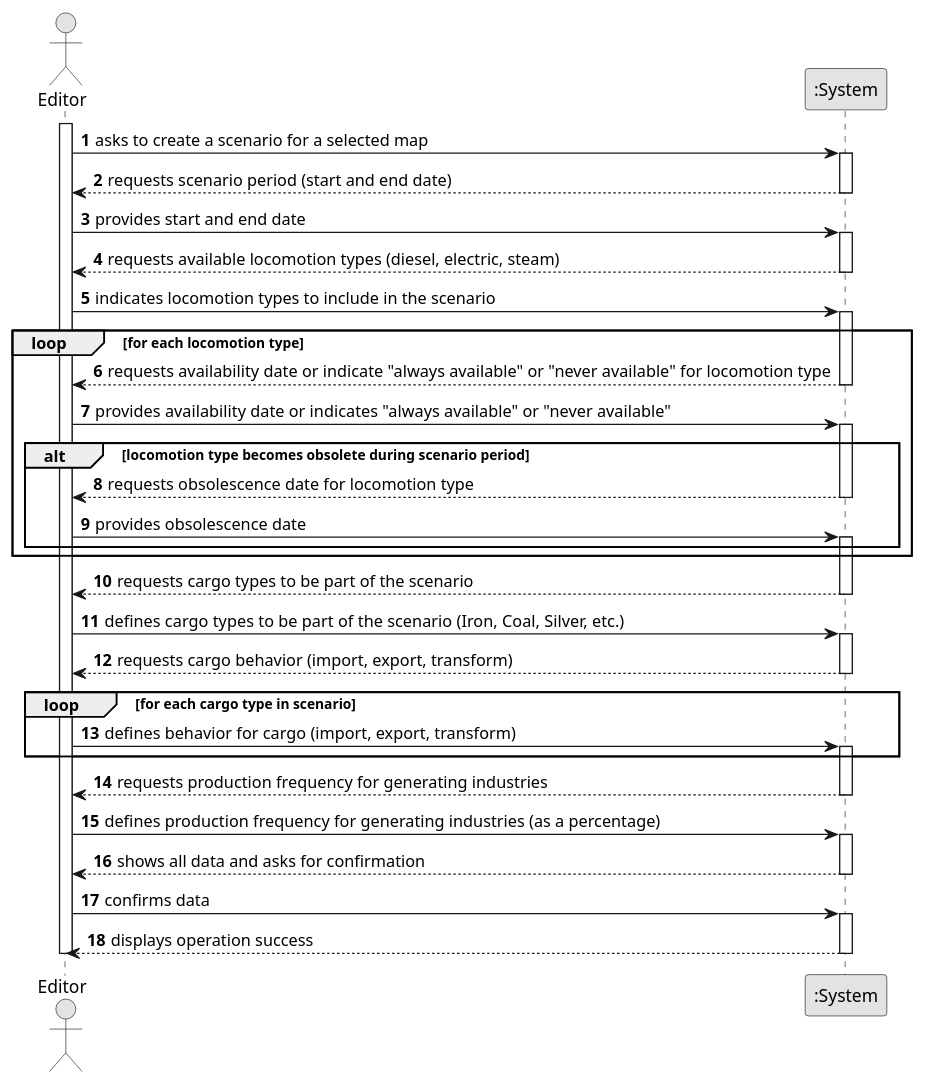
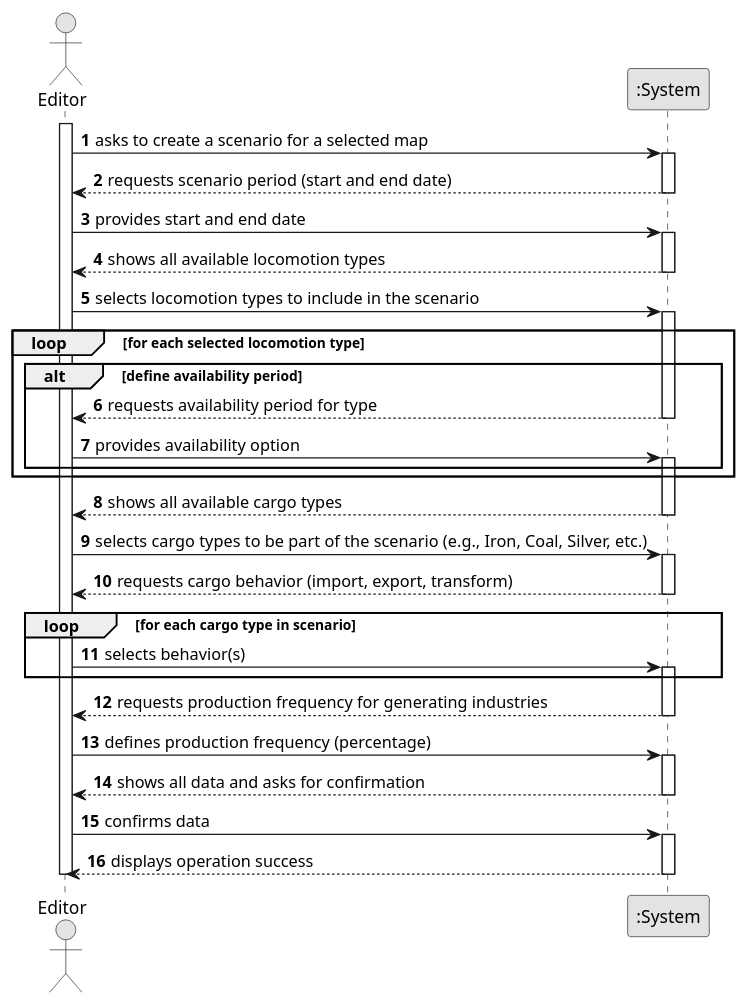
Before and after one commit to 1240826/empire-on-tracks: the diagram in docs/system-documentation/US004/01.requirements-engineering/puml/US004-SSD.puml, drawn with PlantUML. The commit also changed 16 other files, not shown here.

```diff
--- a/docs/system-documentation/US004/01.requirements-engineering/puml/US004-SSD.puml
+++ b/docs/system-documentation/US004/01.requirements-engineering/puml/US004-SSD.puml
@@ -1,70 +1,67 @@
 @startuml
 skinparam monochrome true
 skinparam packageStyle rectangle
 skinparam shadowing false
 
 autonumber
 
 actor "Editor" as Editor
 participant ":System" as System
 
 activate Editor
 
 
 Editor -> System : asks to create a scenario for a selected map
 activate System
 System --> Editor : requests scenario period (start and end date)
 deactivate System
 
 
 Editor -> System : provides start and end date
 activate System
-System --> Editor : requests available locomotion types (diesel, electric, steam)
+System --> Editor : shows all available locomotion types
 deactivate System
-Editor -> System : indicates locomotion types to include in the scenario
+Editor -> System : selects locomotion types to include in the scenario
 activate System
 
-loop for each locomotion type 
-    System --> Editor : requests availability date or indicate "always available" or "never available" for locomotion type
-    deactivate System
-    Editor -> System : provides availability date or indicates "always available" or "never available"
-    activate System
+loop for each selected locomotion type
 
-    alt locomotion type becomes obsolete during scenario period
-        System --> Editor : requests obsolescence date for locomotion type
+
+    alt define availability period
+        System --> Editor :requests availability period for type
         deactivate System
-        Editor -> System : provides obsolescence date
+        Editor -> System : provides availability option
         activate System
     end
 end loop
-        System --> Editor : requests cargo types to be part of the scenario
+        System --> Editor : shows all available cargo types
         deactivate System
 
 
-Editor -> System : defines cargo types to be part of the scenario (Iron, Coal, Silver, etc.)
+Editor -> System : selects cargo types to be part of the scenario (e.g., Iron, Coal, Silver, etc.)
 activate System
 System --> Editor : requests cargo behavior (import, export, transform)
 deactivate System
 
 loop for each cargo type in scenario
-    Editor -> System : defines behavior for cargo (import, export, transform)
+    Editor -> System : selects behavior(s)
     activate System
 end loop
     System --> Editor : requests production frequency for generating industries
     deactivate System
 
 
 
-Editor -> System : defines production frequency for generating industries (as a percentage)
+Editor -> System : defines production frequency (percentage)
 activate System
 System --> Editor : shows all data and asks for confirmation
 deactivate System
 
 ' Editor confirma dados
 Editor -> System : confirms data
 activate System
 System --> Editor : displays operation success
 deactivate System
 deactivate Editor
 
 @enduml
```
